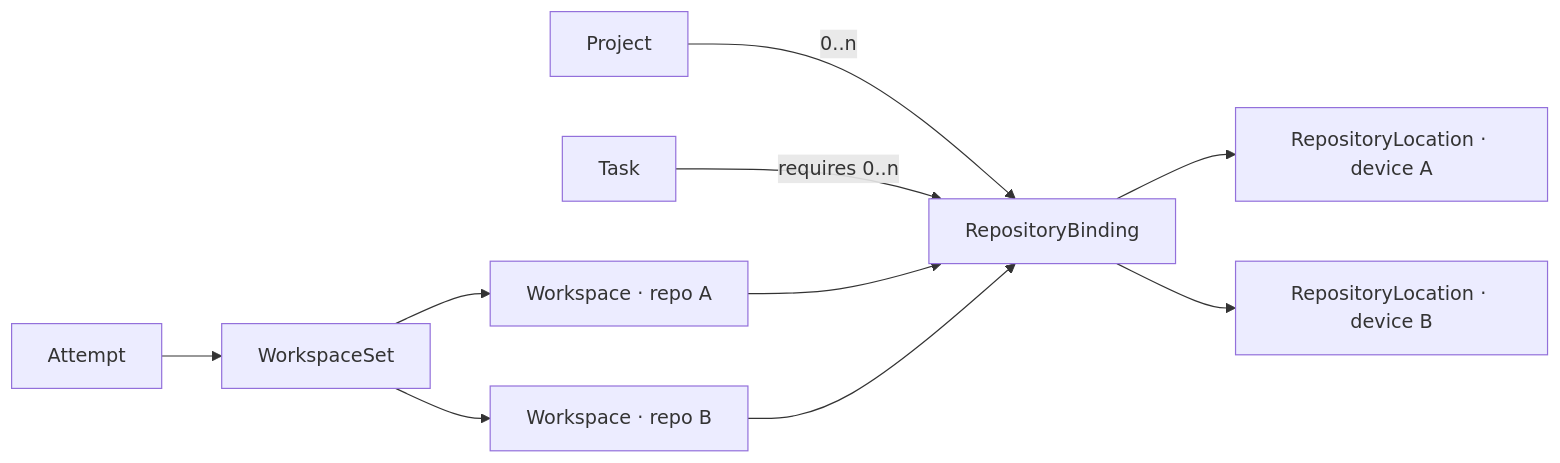
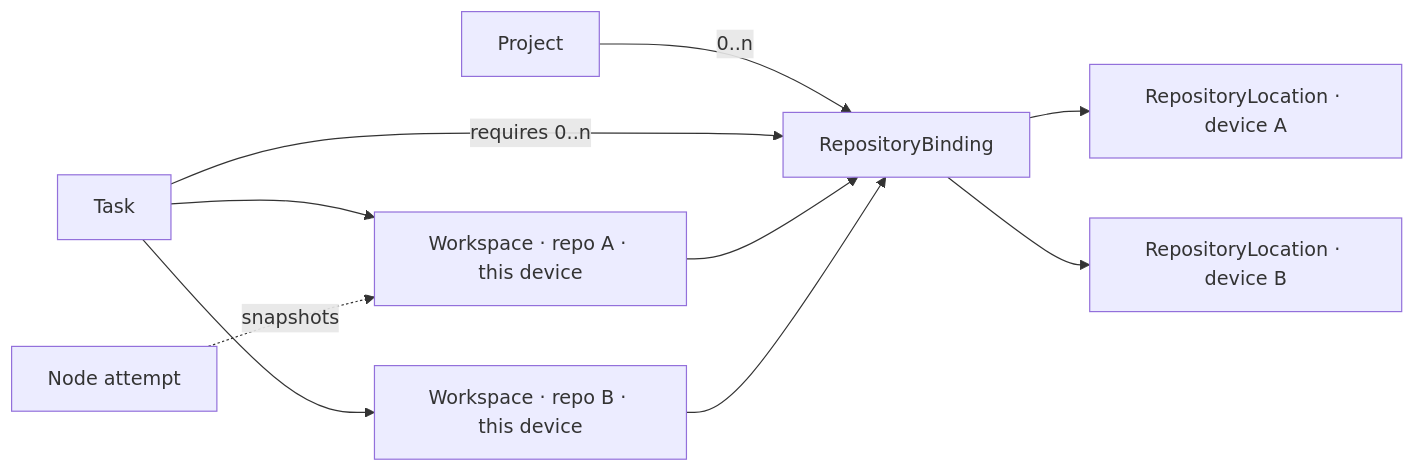
One commit to AltharIDE/althar changed the second of 2 diagrams in docs/architecture/01-concepts-and-project-model.md. Above: the diagram before and after it, drawn with Mermaid. The commit also changed other lines of this file and 34 other files, not shown here.

First line of the commit message:
Rework the schema after review

````diff
--- a/docs/architecture/01-concepts-and-project-model.md
+++ b/docs/architecture/01-concepts-and-project-model.md
@@ -101,12 +101,12 @@
 ```mermaid
 flowchart LR
     Project -->|"0..n"| Binding["RepositoryBinding"]
     Binding --> LocationA["RepositoryLocation · device A"]
     Binding --> LocationB["RepositoryLocation · device B"]
     Task -->|"requires 0..n"| Binding
-    Attempt --> Set["WorkspaceSet"]
-    Set --> Workspace1["Workspace · repo A"]
-    Set --> Workspace2["Workspace · repo B"]
+    Task --> Workspace1["Workspace · repo A · this device"]
+    Task --> Workspace2["Workspace · repo B · this device"]
     Workspace1 --> Binding
     Workspace2 --> Binding
+    Attempt["Node attempt"] -.->|"snapshots"| Workspace1
 ```
````
